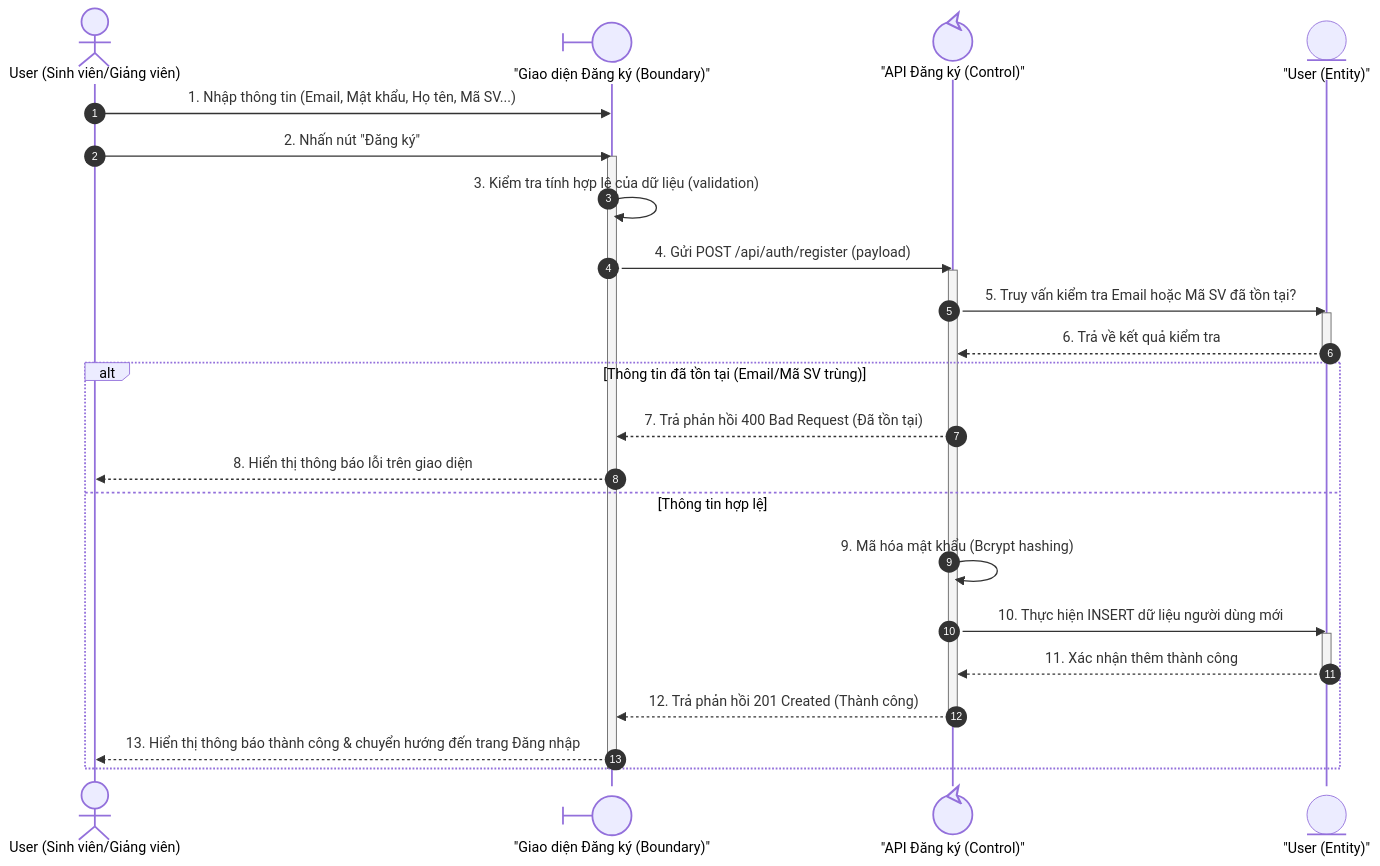
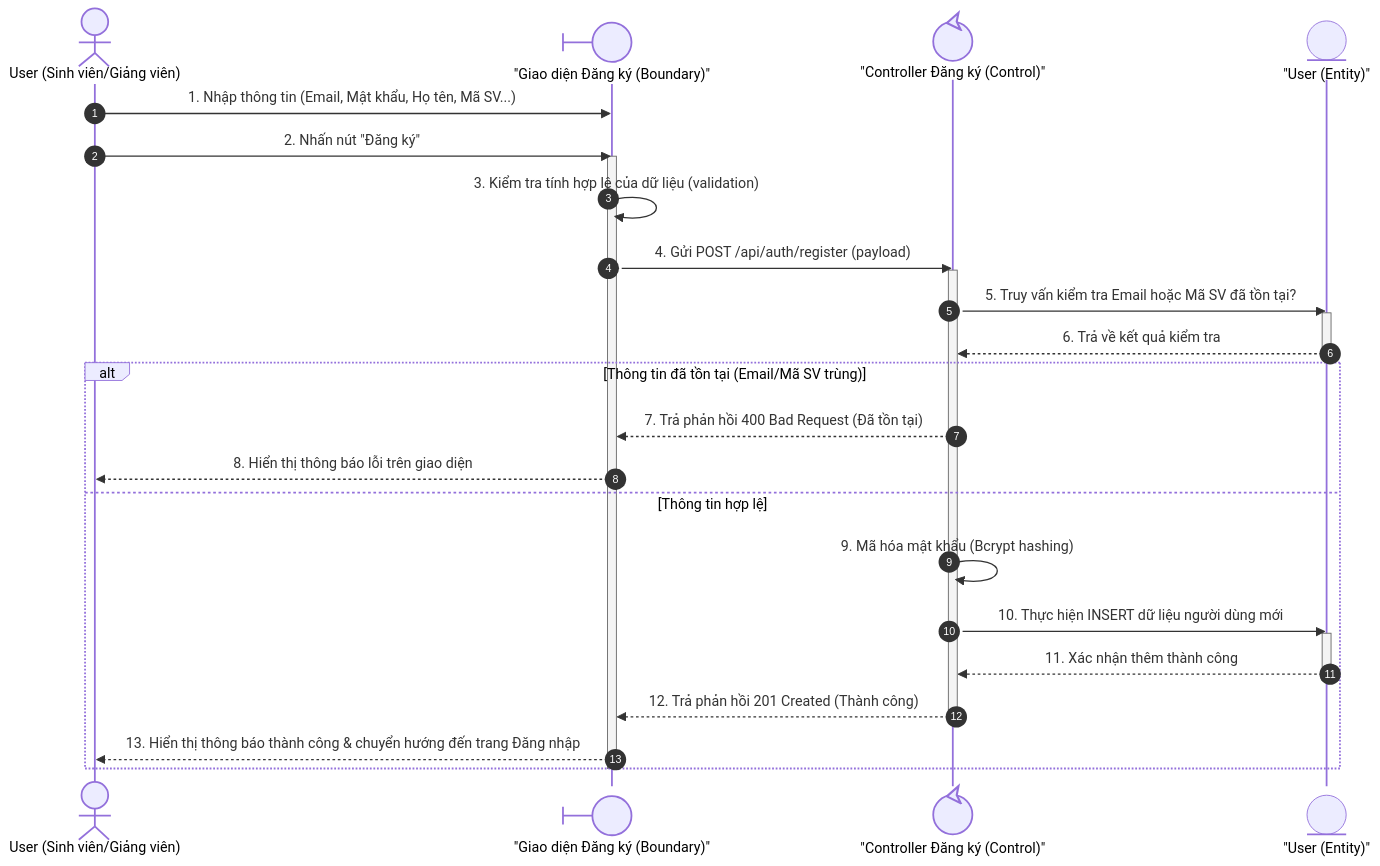
Before and after one commit to vietcuong2004/DATN_TLUDOC: the first of 13 diagrams in Cuong_Documents/BaoVeDoAn/Diagram/SequenceDiagrams.md, drawn with Mermaid. The commit also changed other lines of this file and 11 other files, not shown here.

````diff
--- a/Cuong_Documents/BaoVeDoAn/Diagram/SequenceDiagrams.md
+++ b/Cuong_Documents/BaoVeDoAn/Diagram/SequenceDiagrams.md
@@ -10,34 +10,34 @@
 ```mermaid
 sequenceDiagram
     autonumber
     actor User as User (Sinh viên/Giảng viên)
     participant UI@{ "type": "boundary" } as "Giao diện Đăng ký (Boundary)"
-    participant Control@{ "type": "control" } as "API Đăng ký (Control)"
+    participant Control@{ "type": "control" } as "Controller Đăng ký (Control)"
     participant Entity@{ "type": "entity" } as "User (Entity)"
 
     User->>UI: 1. Nhập thông tin (Email, Mật khẩu, Họ tên, Mã SV...)
     User->>UI: 2. Nhấn nút "Đăng ký"
     activate UI
     UI->>UI: 3. Kiểm tra tính hợp lệ của dữ liệu (validation)
     UI->>Control: 4. Gửi POST /api/auth/register (payload)
     activate Control
     Control->>Entity: 5. Truy vấn kiểm tra Email hoặc Mã SV đã tồn tại?
     activate Entity
     Entity-->>Control: 6. Trả về kết quả kiểm tra
     deactivate Entity
     
     alt Thông tin đã tồn tại (Email/Mã SV trùng)
         Control-->>UI: 7. Trả phản hồi 400 Bad Request (Đã tồn tại)
         UI-->>User: 8. Hiển thị thông báo lỗi trên giao diện
     else Thông tin hợp lệ
         Control->>Control: 9. Mã hóa mật khẩu (Bcrypt hashing)
         Control->>Entity: 10. Thực hiện INSERT dữ liệu người dùng mới
         activate Entity
         Entity-->>Control: 11. Xác nhận thêm thành công
         deactivate Entity
         Control-->>UI: 12. Trả phản hồi 201 Created (Thành công)
         deactivate Control
         UI-->>User: 13. Hiển thị thông báo thành công & chuyển hướng đến trang Đăng nhập
     end
     deactivate UI
 ```
````
